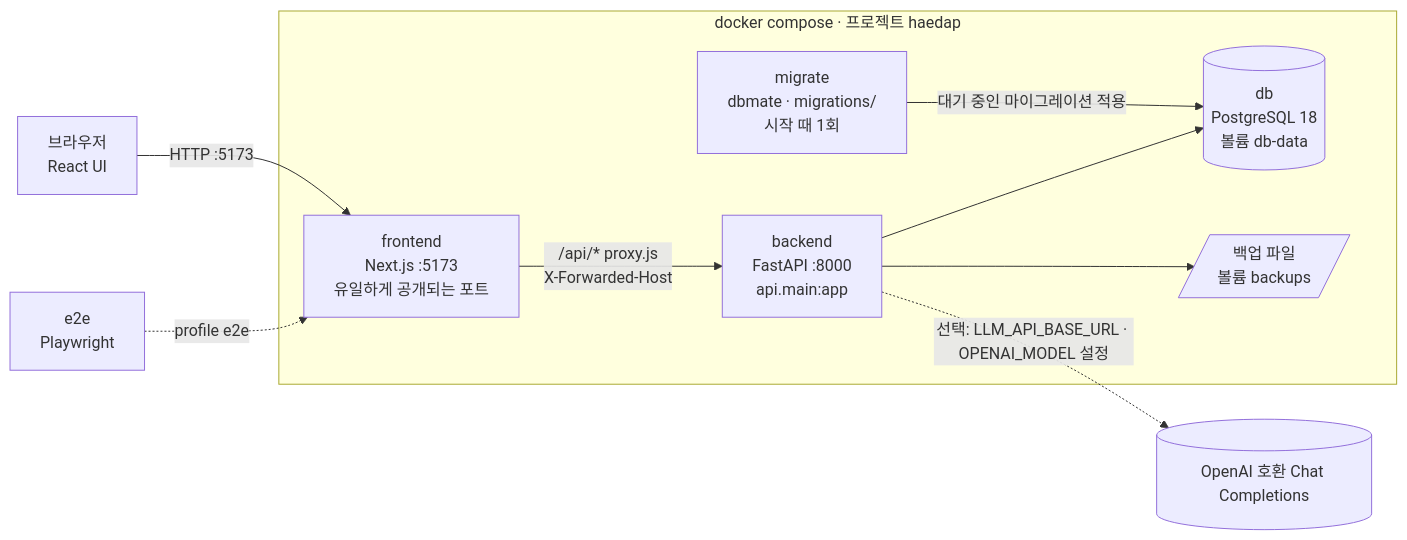
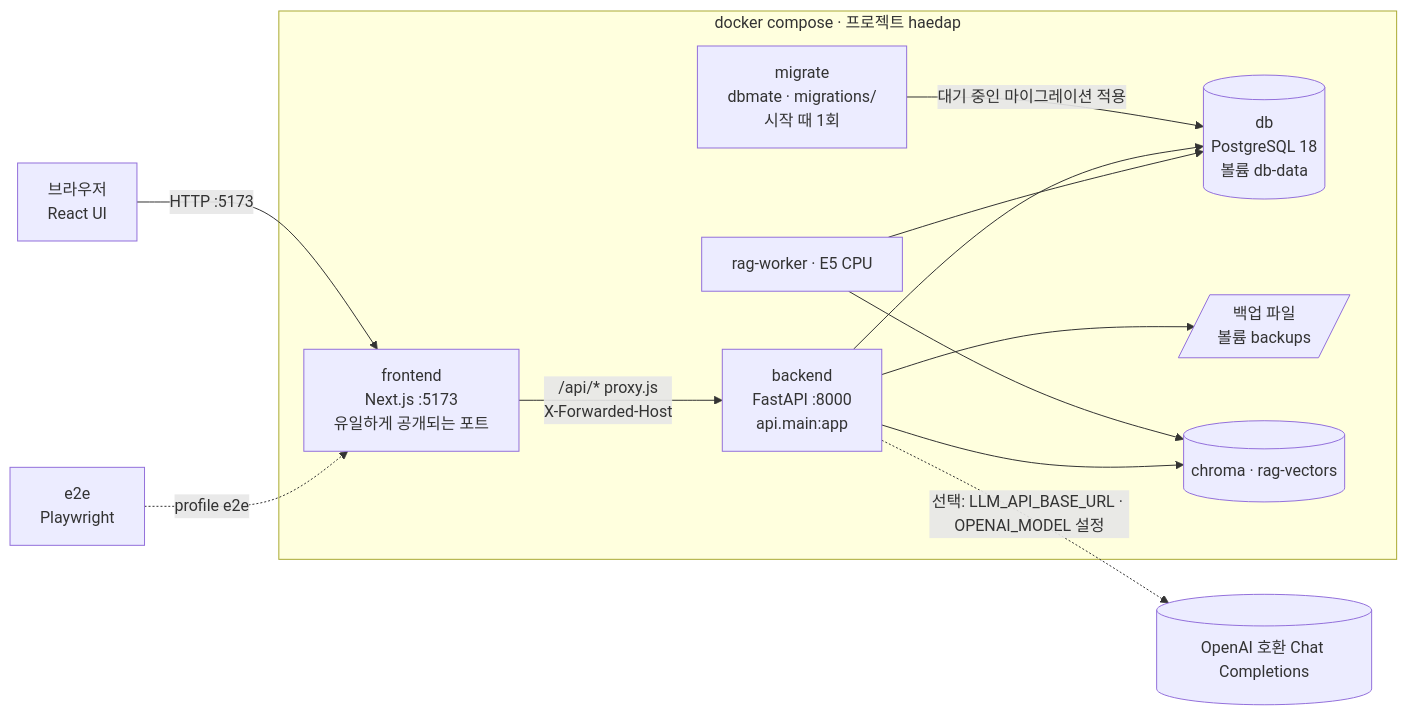
Before and after one commit to aaa99900/sea-the-answer: the first of 4 diagrams in docs/architecture.md, drawn with Mermaid. The commit also changed other lines of this file and 29 other files, not shown here.

````diff
--- a/docs/architecture.md
+++ b/docs/architecture.md
@@ -26,17 +30,20 @@
 ```mermaid
 flowchart LR
   B[브라우저<br/>React UI] -->|HTTP :5173| N
   subgraph C[docker compose · 프로젝트 haedap]
     N[frontend<br/>Next.js :5173<br/>유일하게 공개되는 포트]
     G[backend<br/>FastAPI :8000<br/>api.main:app]
     D[(db<br/>PostgreSQL 18<br/>볼륨 db-data)]
     M[migrate<br/>dbmate · migrations/<br/>시작 때 1회]
     K[/백업 파일<br/>볼륨 backups/]
     M -->|대기 중인 마이그레이션 적용| D
     N -->|/api/* proxy.js<br/>X-Forwarded-Host| G
     G --> D
     G --> K
+    W[rag-worker · E5 CPU] --> D
+    W --> V[(chroma · rag-vectors)]
+    G --> V
   end
   G -. 선택: LLM_API_BASE_URL · OPENAI_MODEL 설정 .-> O[(OpenAI 호환 Chat Completions)]
   E[e2e<br/>Playwright] -. profile e2e .-> N
 ```
````
